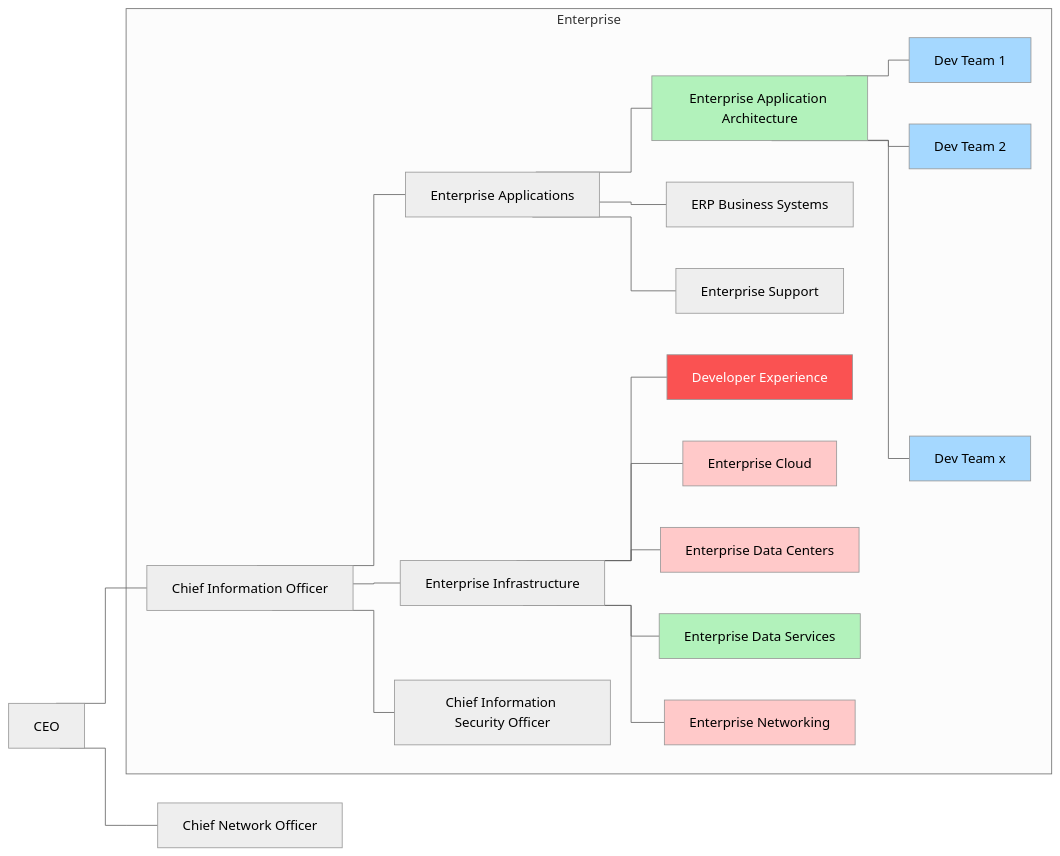
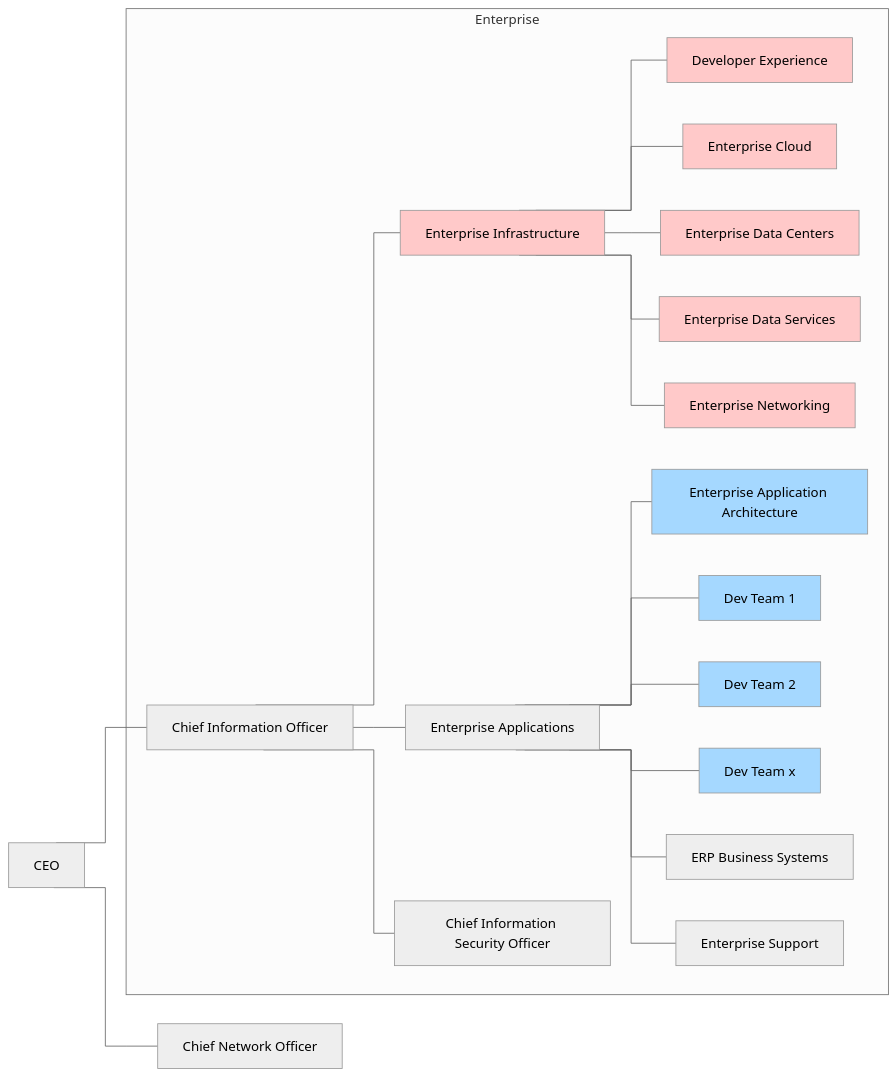
The first of 2 diagrams in background.md (zachcasper/user-empathy), drawn with Mermaid before and after one commit. The commit also changed other lines of this file and 2 other files, not shown here.

````diff
--- a/background.md
+++ b/background.md
@@ -21,32 +24,33 @@
 ```mermaid
 %%{ init: { 'flowchart': { 'curve': 'stepAfter' }  } }%%
 %%{init: {'theme':'neutral'}}%%
 flowchart LR
   CEO --- CIO[Chief Information Officer]
   CEO --- CNO[Chief Network Officer]
 	subgraph Enterprise
     CIO --- Infra[Enterprise Infrastructure]
     CIO --- App[Enterprise Applications]
     CIO --- CISO[Chief Information Security Officer]
-    App --- Dev[Enterprise Application Architecture]
-    Dev --- DevTeam1[Dev Team 1]
-    Dev --- DevTeam2[Dev Team 2]
-    Dev --- DevTeamX[Dev Team x]
-    App --- ERP[ERP Business Systems]
-		App --- Support[Enterprise Support]
     Infra --- DevX[Developer Experience]
     Infra --- Cloud[Enterprise Cloud]
     Infra --- DC[Enterprise Data Centers]
     Infra --- Data[Enterprise Data Services]
     Infra --- Net[Enterprise Networking]
+    App --- Dev[Enterprise Application Architecture]
+    App --- DevTeam1[Dev Team 1]
+    App --- DevTeam2[Dev Team 2]
+    App --- DevTeamX[Dev Team x]
+    App --- ERP[ERP Business Systems]
+		App --- Support[Enterprise Support]
   end
-  style DevX fill:#fa5252,color:#ffffff
+  style DevX fill:#ffc9c9
   style DevTeam1 fill:#a5d8ff
   style DevTeam2 fill:#a5d8ff
   style DevTeamX fill:#a5d8ff
+  style Infra fill:#ffc9c9
   style Cloud fill:#ffc9c9
   style DC fill:#ffc9c9
   style Net fill:#ffc9c9
-  style Dev fill:#b2f2bb
-  style Data fill:#b2f2bb
+  style Dev fill:#a5d8ff
+  style Data fill:#ffc9c9
 ```
````
